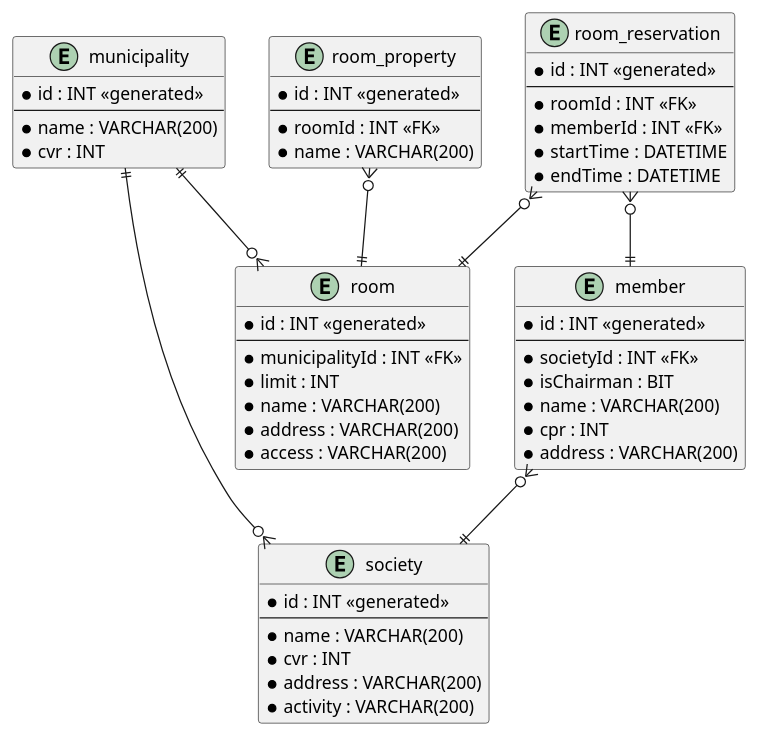
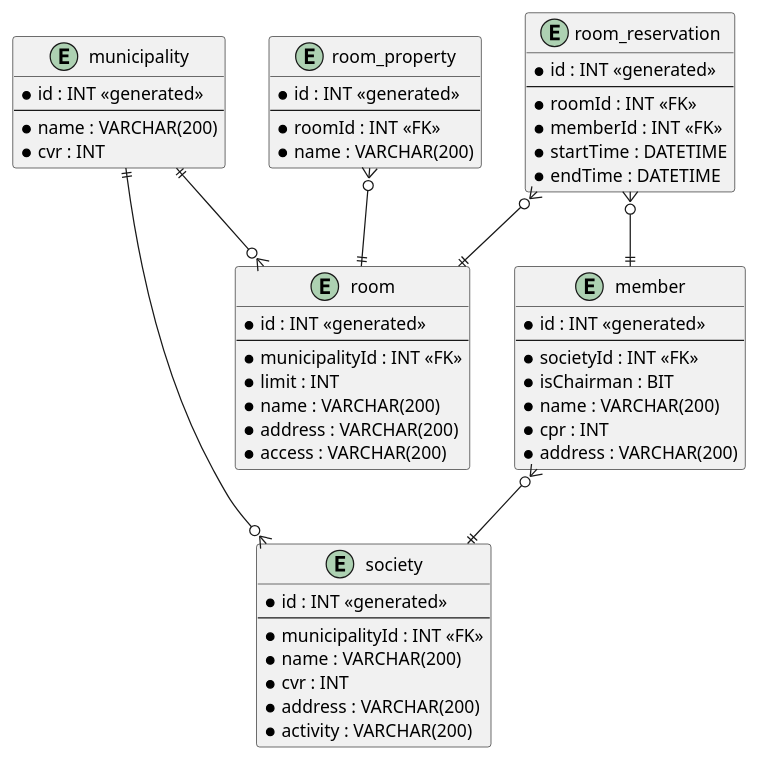
The diagram in er-diagram.puml (au-swte21-14/dab2), drawn with PlantUML before and after one commit. The commit also changed 1 other file, not shown here.

Commit message:
Added missing FK in ER diagram

```diff
--- a/er-diagram.puml
+++ b/er-diagram.puml
@@ -1,63 +1,64 @@
 @startuml
 'https://plantuml.com/class-diagram
 
 entity municipality {
     * id : INT <<generated>>
     --
     * name : VARCHAR(200)
     * cvr : INT
 }
 
 entity society {
     * id : INT <<generated>>
     --
+    * municipalityId : INT <<FK>>
     * name : VARCHAR(200)
     * cvr : INT
     * address : VARCHAR(200)
     * activity : VARCHAR(200)
 }
 
 entity member {
     * id : INT <<generated>>
     --
     * societyId : INT <<FK>>
     * isChairman : BIT
     * name : VARCHAR(200)
     * cpr : INT
     * address : VARCHAR(200)
 }
 
 entity room {
     * id : INT <<generated>>
     --
     * municipalityId : INT <<FK>>
     * limit : INT
     * name : VARCHAR(200)
     * address : VARCHAR(200)
     * access : VARCHAR(200)
 }
 
 entity room_property {
     * id : INT <<generated>>
     --
     * roomId : INT <<FK>>
     * name : VARCHAR(200)
 }
 
 entity room_reservation {
     * id : INT <<generated>>
     --
     * roomId : INT <<FK>>
     * memberId : INT <<FK>>
     * startTime : DATETIME
     * endTime : DATETIME
 }
 
 member }o--|| society
 room_reservation }o--|| member
 room_reservation }o--|| room
 room_property }o--|| room
 municipality ||--o{ society
 municipality ||--o{ room
 
 @enduml
```
